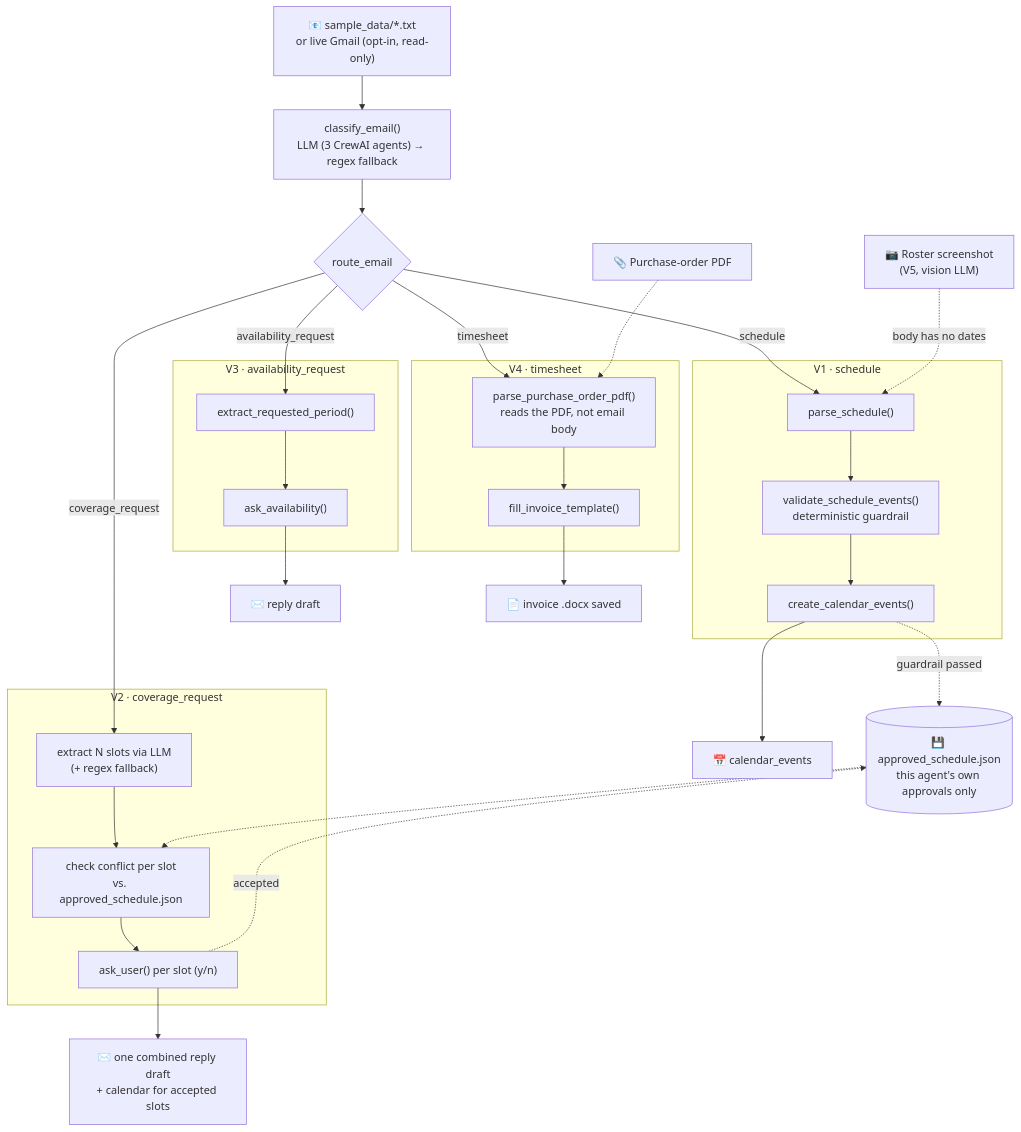
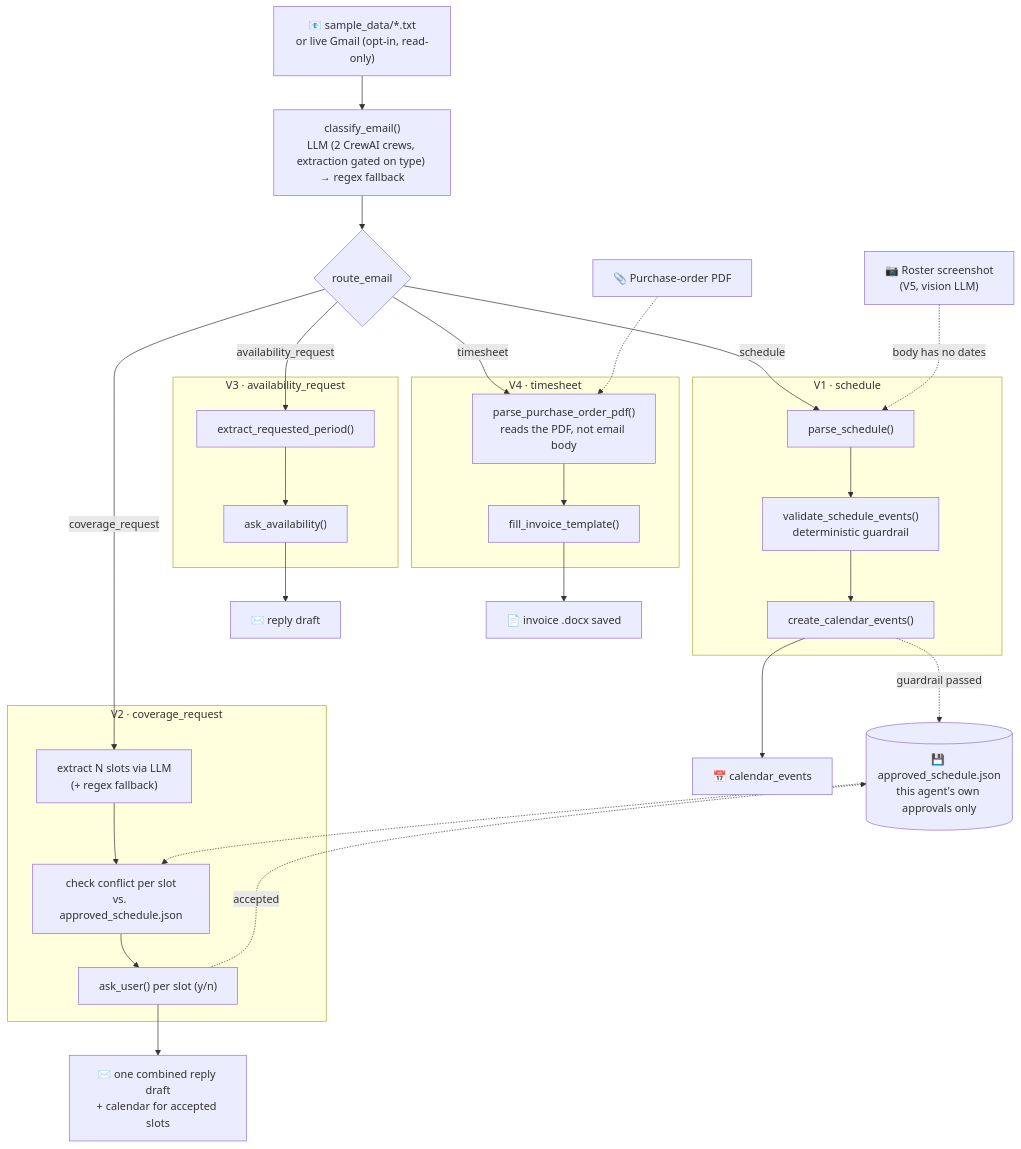
Before and after one commit to nadcodegit/Scheduler-Agent: the diagram in README.md, drawn with Mermaid. The commit also changed other lines of this file and 1 other file, not shown here.

````diff
--- a/README.md
+++ b/README.md
@@ -17,41 +17,41 @@
 ```mermaid
 flowchart TD
-    start["📧 sample_data/*.txt<br/>or live Gmail (opt-in, read-only)"] --> classify["classify_email()<br/>LLM (3 CrewAI agents) → regex fallback"]
+    start["📧 sample_data/*.txt<br/>or live Gmail (opt-in, read-only)"] --> classify["classify_email()<br/>LLM (2 CrewAI crews, extraction gated on type) → regex fallback"]
     classify --> router{route_email}
 
     router -->|schedule| sched1
     router -->|coverage_request| cov1
     router -->|availability_request| avail1
     router -->|timesheet| ts1
 
     subgraph V1["V1 · schedule"]
         sched1["parse_schedule()"] --> sched2["validate_schedule_events()<br/>deterministic guardrail"]
         sched2 --> sched3["create_calendar_events()"]
     end
 
     store[("💾 approved_schedule.json<br/>this agent's own approvals only")]
     sched3 -.->|guardrail passed| store
 
     subgraph V2["V2 · coverage_request"]
         cov1["extract N slots via LLM<br/>(+ regex fallback)"] --> cov2["check conflict per slot<br/>vs. approved_schedule.json"]
         cov2 --> cov3["ask_user() per slot (y/n)"]
     end
     store -.-> cov2
     cov3 -.->|accepted| store
 
     subgraph V3["V3 · availability_request"]
         avail1["extract_requested_period()"] --> avail2["ask_availability()"]
     end
 
     subgraph V4["V4 · timesheet"]
         ts1["parse_purchase_order_pdf()<br/>reads the PDF, not email body"] --> ts2["fill_invoice_template()"]
     end
 
     img["📷 Roster screenshot<br/>(V5, vision LLM)"] -.->|body has no dates| sched1
     pdf["📎 Purchase-order PDF"] -.-> ts1
 
     sched3 --> out1["📅 calendar_events"]
     cov3 --> out2["✉️ one combined reply draft<br/>+ calendar for accepted slots"]
     avail2 --> out3["✉️ reply draft"]
     ts2 --> out4["📄 invoice .docx saved"]
 ```
````
